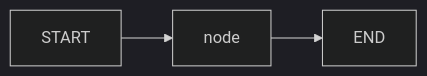
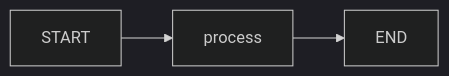
One commit to jkv8fwytbf-byte/learning_langgraph changed the first of 4 diagrams in README.md. Above: the diagram before and after it, drawn with Mermaid (dark theme). The commit also changed other lines of this file, not shown here.

````diff
--- a/README.md
+++ b/README.md
@@ -35,5 +101,5 @@
 ```mermaid
 flowchart LR
-  START --> nodeA[node]
-  nodeA --> END
+  START --> process
+  process --> END
 ```
````
